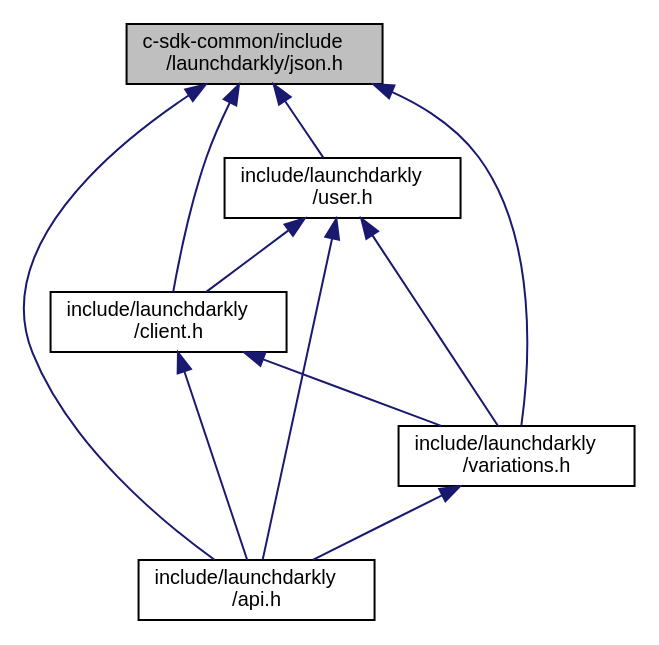
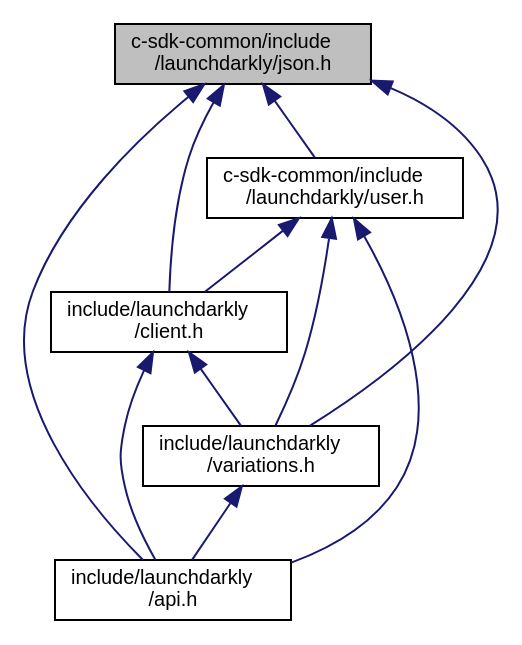
The diagram in json_8h__dep__incl.dot (launchdarkly/c-server-sdk), drawn with Graphviz before and after one commit. The commit also changed 56 other files, not shown here.

```diff
--- a/json_8h__dep__incl.dot
+++ b/json_8h__dep__incl.dot
@@ -1,20 +1,20 @@
 digraph "c-sdk-common/include/launchdarkly/json.h"
 {
   edge [fontname="Helvetica",fontsize="10",labelfontname="Helvetica",labelfontsize="10"];
   node [fontname="Helvetica",fontsize="10",shape=record];
   Node3 [label="c-sdk-common/include\l/launchdarkly/json.h",height=0.2,width=0.4,color="black", fillcolor="grey75", style="filled", fontcolor="black"];
   Node3 -> Node4 [dir="back",color="midnightblue",fontsize="10",style="solid",fontname="Helvetica"];
-  Node4 [label="include/launchdarkly\l/api.h",height=0.2,width=0.4,color="black", fillcolor="white", style="filled",URL="$api_8h.html",tooltip="Public API. Include this for every public operation. "];
+  Node4 [label="include/launchdarkly\l/client.h",height=0.2,width=0.4,color="black", fillcolor="white", style="filled",URL="$client_8h.html",tooltip="Public API Interface for Client operations. "];
+  Node4 -> Node5 [dir="back",color="midnightblue",fontsize="10",style="solid",fontname="Helvetica"];
+  Node5 [label="include/launchdarkly\l/api.h",height=0.2,width=0.4,color="black", fillcolor="white", style="filled",URL="$api_8h.html",tooltip="Public API. Include this for every public operation. "];
+  Node4 -> Node6 [dir="back",color="midnightblue",fontsize="10",style="solid",fontname="Helvetica"];
+  Node6 [label="include/launchdarkly\l/variations.h",height=0.2,width=0.4,color="black", fillcolor="white", style="filled",URL="$variations_8h.html",tooltip="Public API Interface for evaluation variations. "];
+  Node6 -> Node5 [dir="back",color="midnightblue",fontsize="10",style="solid",fontname="Helvetica"];
+  Node3 -> Node7 [dir="back",color="midnightblue",fontsize="10",style="solid",fontname="Helvetica"];
+  Node7 [label="c-sdk-common/include\l/launchdarkly/user.h",height=0.2,width=0.4,color="black", fillcolor="white", style="filled",URL="$user_8h.html",tooltip="Public API Interface for User construction. "];
+  Node7 -> Node4 [dir="back",color="midnightblue",fontsize="10",style="solid",fontname="Helvetica"];
+  Node7 -> Node5 [dir="back",color="midnightblue",fontsize="10",style="solid",fontname="Helvetica"];
+  Node7 -> Node6 [dir="back",color="midnightblue",fontsize="10",style="solid",fontname="Helvetica"];
   Node3 -> Node5 [dir="back",color="midnightblue",fontsize="10",style="solid",fontname="Helvetica"];
-  Node5 [label="include/launchdarkly\l/user.h",height=0.2,width=0.4,color="black", fillcolor="white", style="filled",URL="$user_8h.html",tooltip="Public API Interface for User construction. "];
-  Node5 -> Node4 [dir="back",color="midnightblue",fontsize="10",style="solid",fontname="Helvetica"];
-  Node5 -> Node6 [dir="back",color="midnightblue",fontsize="10",style="solid",fontname="Helvetica"];
-  Node6 [label="include/launchdarkly\l/client.h",height=0.2,width=0.4,color="black", fillcolor="white", style="filled",URL="$client_8h.html",tooltip="Public API Interface for Client operations. "];
-  Node6 -> Node4 [dir="back",color="midnightblue",fontsize="10",style="solid",fontname="Helvetica"];
-  Node6 -> Node7 [dir="back",color="midnightblue",fontsize="10",style="solid",fontname="Helvetica"];
-  Node7 [label="include/launchdarkly\l/variations.h",height=0.2,width=0.4,color="black", fillcolor="white", style="filled",URL="$variations_8h.html",tooltip="Public API Interface for evaluation variations. "];
-  Node7 -> Node4 [dir="back",color="midnightblue",fontsize="10",style="solid",fontname="Helvetica"];
-  Node5 -> Node7 [dir="back",color="midnightblue",fontsize="10",style="solid",fontname="Helvetica"];
   Node3 -> Node6 [dir="back",color="midnightblue",fontsize="10",style="solid",fontname="Helvetica"];
-  Node3 -> Node7 [dir="back",color="midnightblue",fontsize="10",style="solid",fontname="Helvetica"];
 }
```
